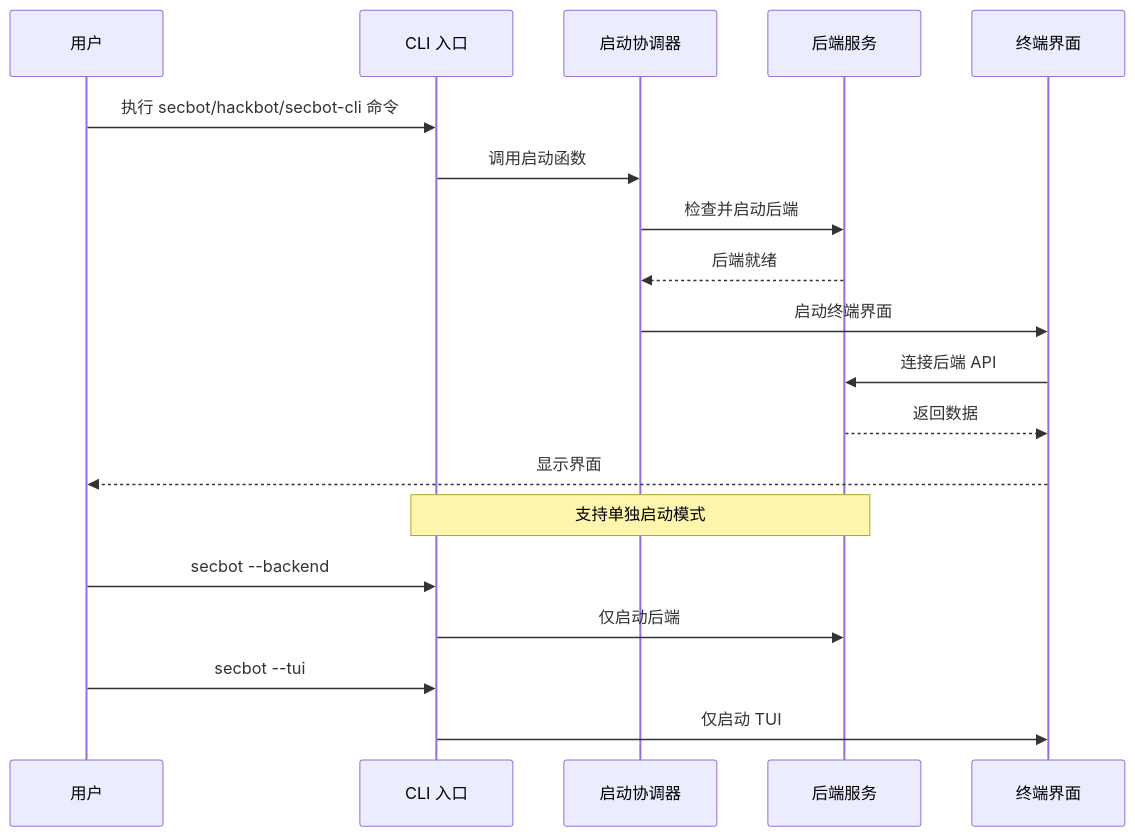
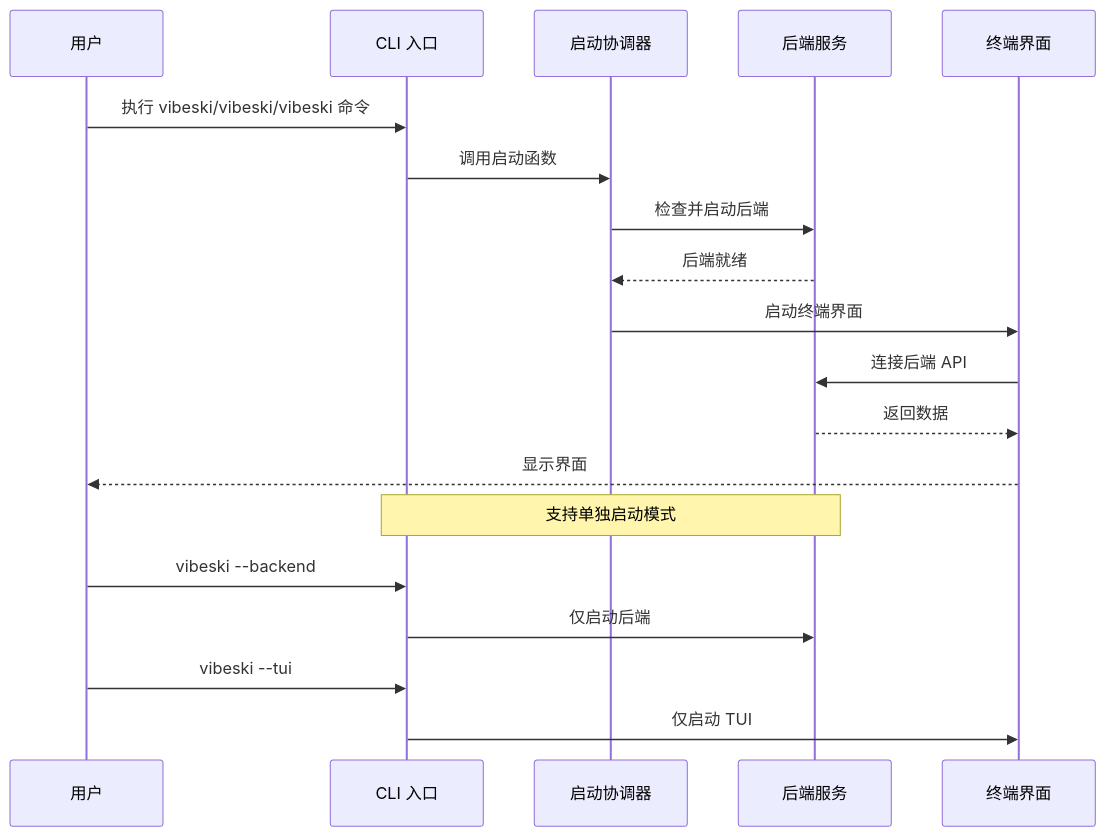
Before and after one commit to crabin/VIBESKI: the second of 8 diagrams in .qoder/repowiki/zh/content/Cli System.md, drawn with Mermaid. The commit also changed other lines of this file and 170 other files, not shown here.

Commit message:
chore: rename all secbot/hackbot identifiers to vibeski

````diff
--- a/.qoder/repowiki/zh/content/Cli System.md
+++ b/.qoder/repowiki/zh/content/Cli System.md
@@ -140,21 +140,21 @@
 ```mermaid
 sequenceDiagram
 participant User as 用户
 participant CLI as CLI 入口
 participant Launcher as 启动协调器
 participant Backend as 后端服务
 participant TUI as 终端界面
-User->>CLI : 执行 secbot/hackbot/secbot-cli 命令
+User->>CLI : 执行 vibeski/vibeski/vibeski 命令
 CLI->>Launcher : 调用启动函数
 Launcher->>Backend : 检查并启动后端
 Backend-->>Launcher : 后端就绪
 Launcher->>TUI : 启动终端界面
 TUI->>Backend : 连接后端 API
 Backend-->>TUI : 返回数据
 TUI-->>User : 显示界面
 Note over CLI,Backend : 支持单独启动模式
-User->>CLI : secbot --backend
+User->>CLI : vibeski --backend
 CLI->>Backend : 仅启动后端
-User->>CLI : secbot --tui
+User->>CLI : vibeski --tui
 CLI->>TUI : 仅启动 TUI
 ```
````
